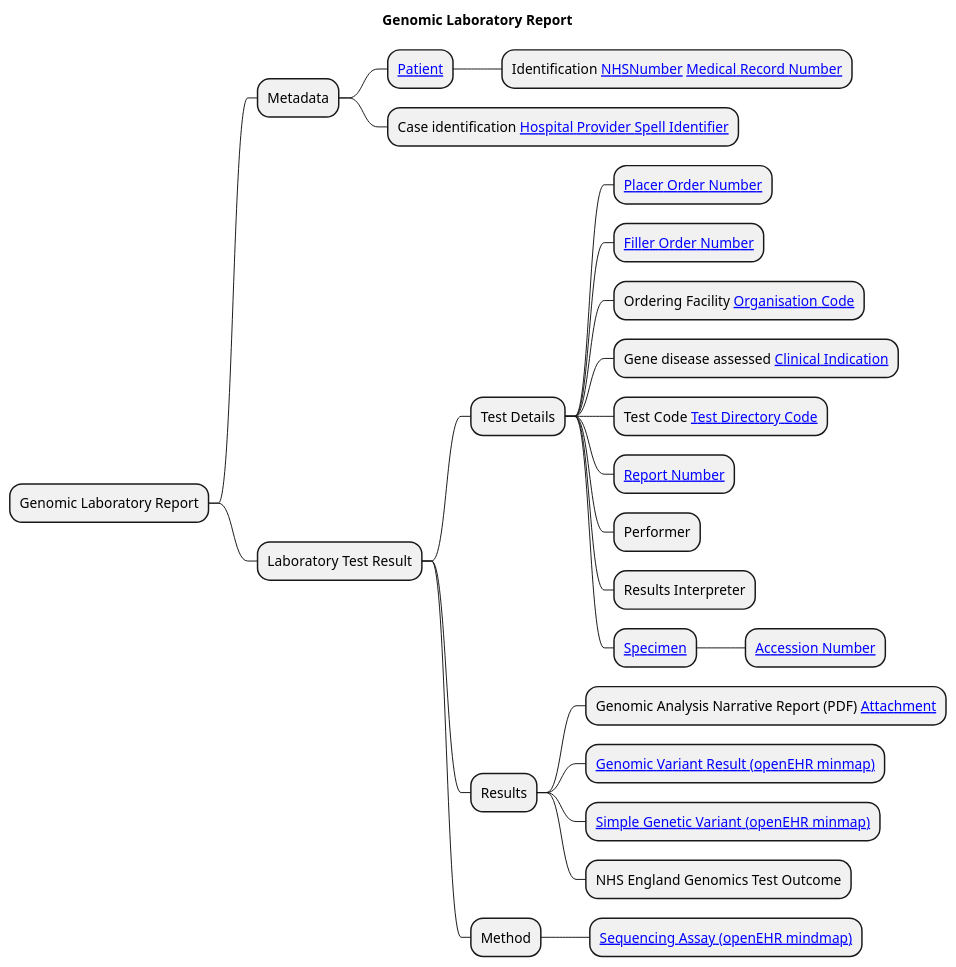
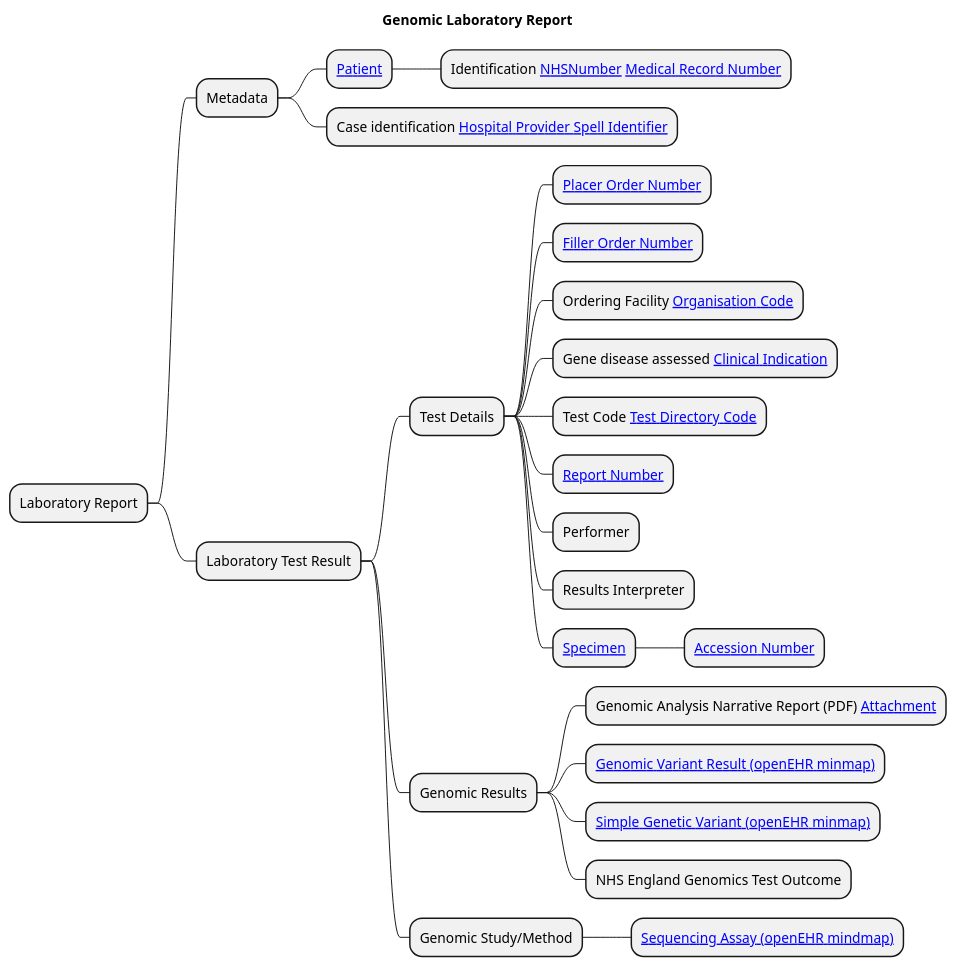
The diagram in input/images-source/LaboratoryReport-mindmap.plantuml (uk-gov-mirror/nw-gmsa.nw-gmsa.github.com), drawn with PlantUML before and after one commit. The commit also changed 1 other file, not shown here.

Commit message:
hyperlinks in mermaid diagram

```diff
--- a/input/images-source/LaboratoryReport-mindmap.plantuml
+++ b/input/images-source/LaboratoryReport-mindmap.plantuml
@@ -1,30 +1,30 @@
 @startmindmap
 
 title "Genomic Laboratory Report"
 
-* Genomic Laboratory Report
+* Laboratory Report
 ** Metadata
 *** [[StructureDefinition-Patient.html Patient]]
 **** Identification [[StructureDefinition-NHSNumber.html NHSNumber]] [[StructureDefinition-MedicalRecordNumber.html Medical Record Number]]
 *** Case identification [[StructureDefinition-HospitalProviderSpellIdentifier.html Hospital Provider Spell Identifier]]
 ** Laboratory Test Result
 *** Test Details
 **** [[StructureDefinition-PlacerOrderNumber.html Placer Order Number]]
 **** [[StructureDefinition-FillerOrderNumber.html Filler Order Number]]
 **** Ordering Facility [[StructureDefinition-OrganisationCode.html Organisation Code]]
 **** Gene disease assessed [[CodeSystem-GenomicClinicalIndication.html Clinical Indication]]
 **** Test Code [[CodeSystem-GenomicTestCode.html Test Directory Code]]
 **** [[StructureDefinition-ReportNumber.html Report Number]]
 **** Performer
 **** Results Interpreter
 **** [[StructureDefinition-Specimen.html Specimen]]
 ***** [[StructureDefinition-AccessionNumber.html Accession Number]]
-*** Results
+*** Genomic Results
 **** Genomic Analysis Narrative Report (PDF) [[StructureDefinition-NWAttachment.html Attachment]]
 **** [[https://ckm.openehr.org/ckm/archetypes/1013.1.3759/mindmap Genomic Variant Result (openEHR minmap)]]
 **** [[https://ckm.openehr.org/ckm/archetypes/1013.1.4858/mindmap Simple Genetic Variant (openEHR minmap)]]
 **** NHS England Genomics Test Outcome
-*** Method
+*** Genomic Study/Method
 **** [[https://ckm.openehr.org/ckm/archetypes/1013.1.4256/mindmap Sequencing Assay (openEHR mindmap)]]
 
 @endmindmap
```
